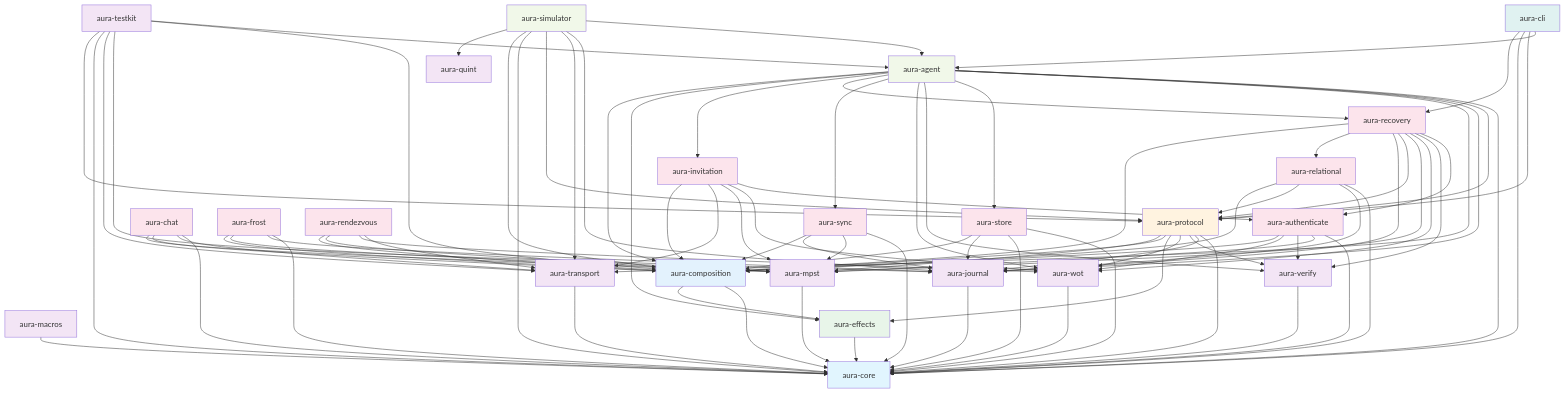
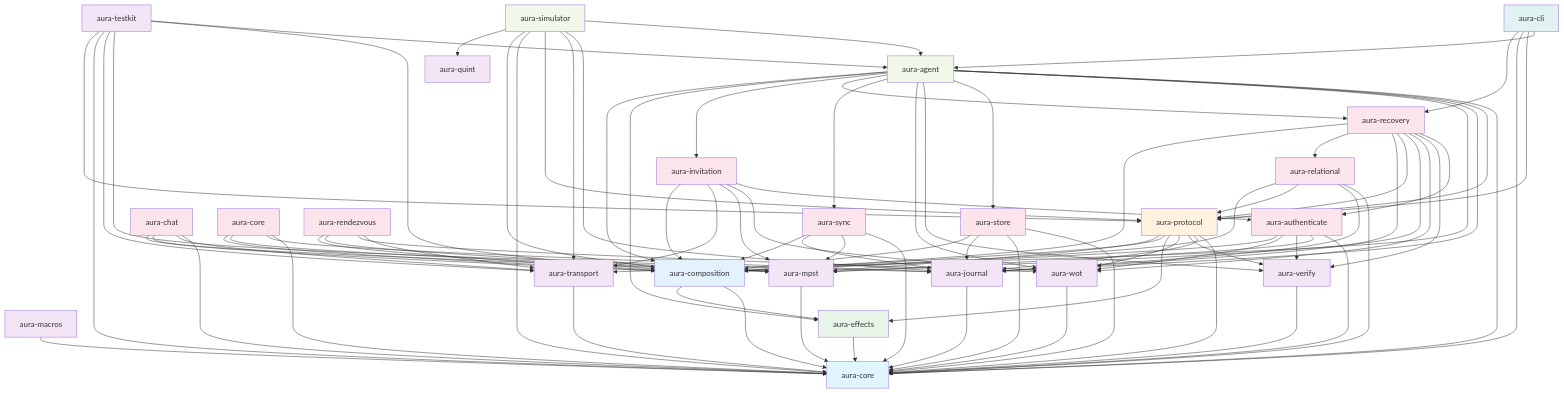
Before and after one commit to hxrts/aura: the diagram in docs/999_project_structure.md, drawn with Mermaid. The commit also changed other lines of this file and 283 other files, not shown here.

```diff
--- a/docs/999_project_structure.md
+++ b/docs/999_project_structure.md
@@ -271,7 +269,7 @@
     chat[aura-chat]
     recovery[aura-recovery]
     invitation[aura-invitation]
-    frost[aura-frost]
+    frost[aura-core]
     relational[aura-relational]
     rendezvous[aura-rendezvous]
     sync[aura-sync]
```
